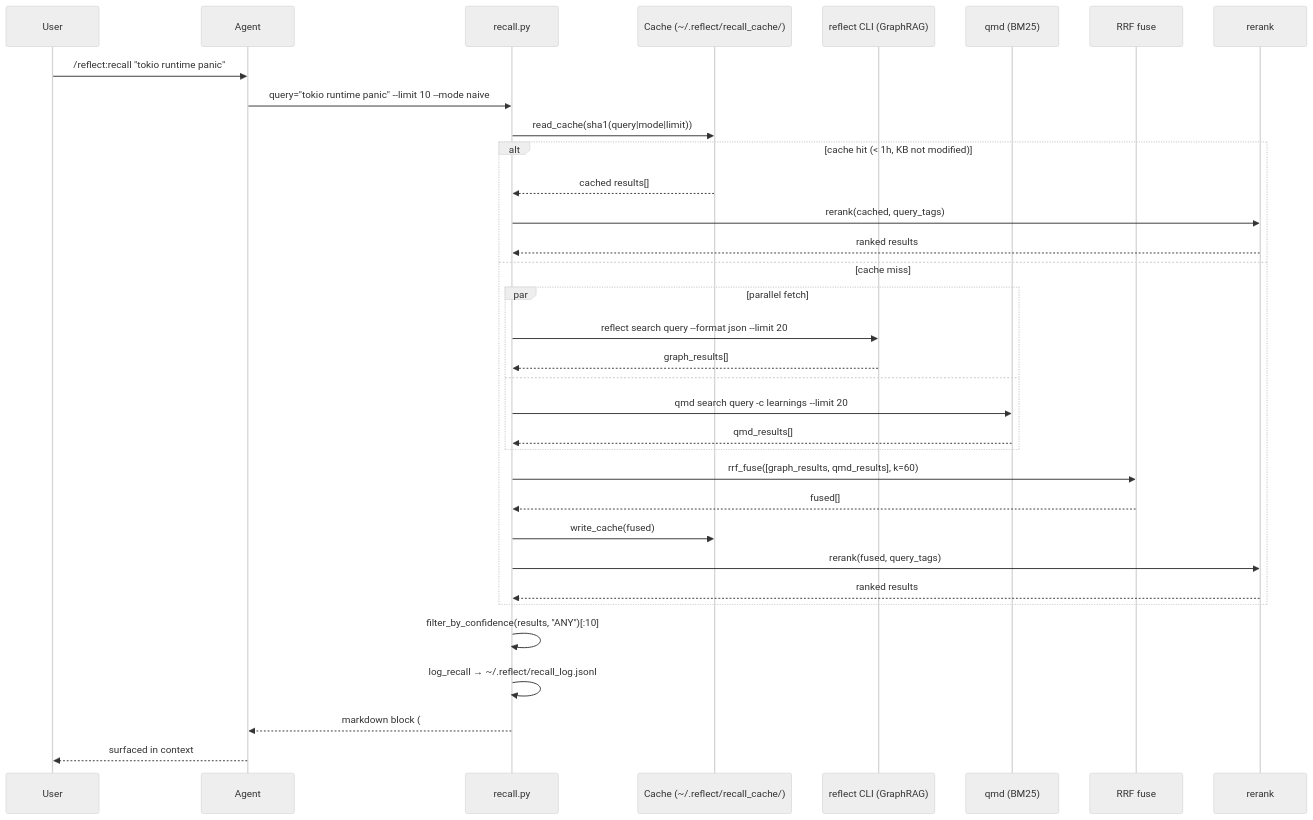
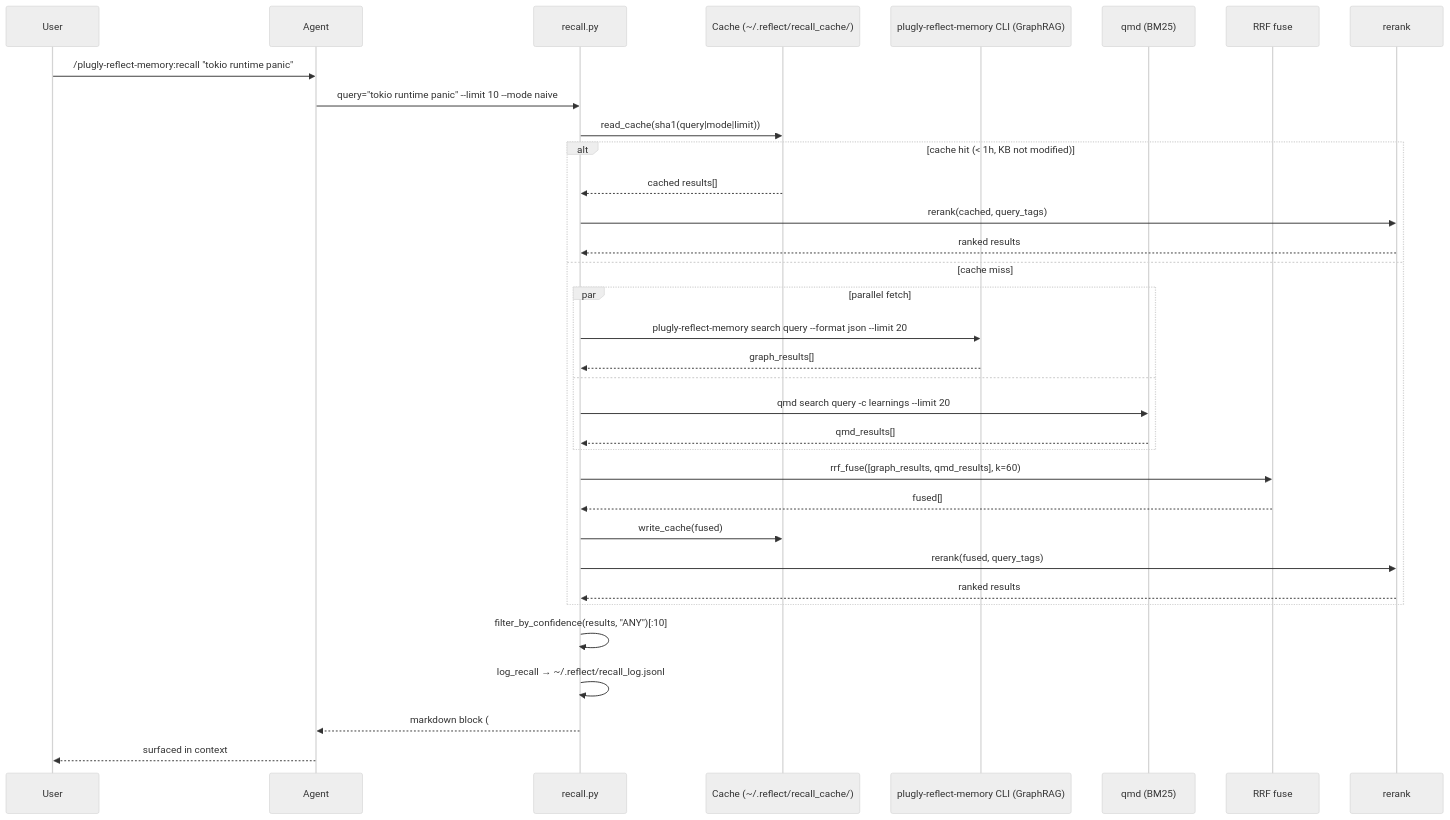
The third of 6 diagrams in plugin/docs/architecture.md (stevengonsalvez/ainb-reflect-memory), drawn with Mermaid (neutral theme) before and after one commit. The commit also changed other lines of this file and 12 other files, not shown here.

````diff
--- a/plugin/docs/architecture.md
+++ b/plugin/docs/architecture.md
@@ -342,37 +342,37 @@
 ```mermaid
 sequenceDiagram
     participant U as User
     participant A as Agent
     participant R as recall.py
     participant C as Cache (~/.reflect/recall_cache/)
-    participant GR as reflect CLI (GraphRAG)
+    participant GR as plugly-reflect-memory CLI (GraphRAG)
     participant QM as qmd (BM25)
     participant RRF as RRF fuse
     participant RR as rerank
 
-    U->>A: /reflect:recall "tokio runtime panic"
+    U->>A: /plugly-reflect-memory:recall "tokio runtime panic"
     A->>R: query="tokio runtime panic" --limit 10 --mode naive
     R->>C: read_cache(sha1(query|mode|limit))
     alt cache hit (< 1h, KB not modified)
         C-->>R: cached results[]
         R->>RR: rerank(cached, query_tags)
         RR-->>R: ranked results
     else cache miss
         par parallel fetch
-            R->>GR: reflect search query --format json --limit 20
+            R->>GR: plugly-reflect-memory search query --format json --limit 20
             GR-->>R: graph_results[]
         and
             R->>QM: qmd search query -c learnings --limit 20
             QM-->>R: qmd_results[]
         end
         R->>RRF: rrf_fuse([graph_results, qmd_results], k=60)
         RRF-->>R: fused[]
         R->>C: write_cache(fused)
         R->>RR: rerank(fused, query_tags)
         RR-->>R: ranked results
     end
     R->>R: filter_by_confidence(results, "ANY")[:10]
     R->>R: log_recall → ~/.reflect/recall_log.jsonl
     R-->>A: markdown block (## Prior learnings...)
     A-->>U: surfaced in context
 ```
````
